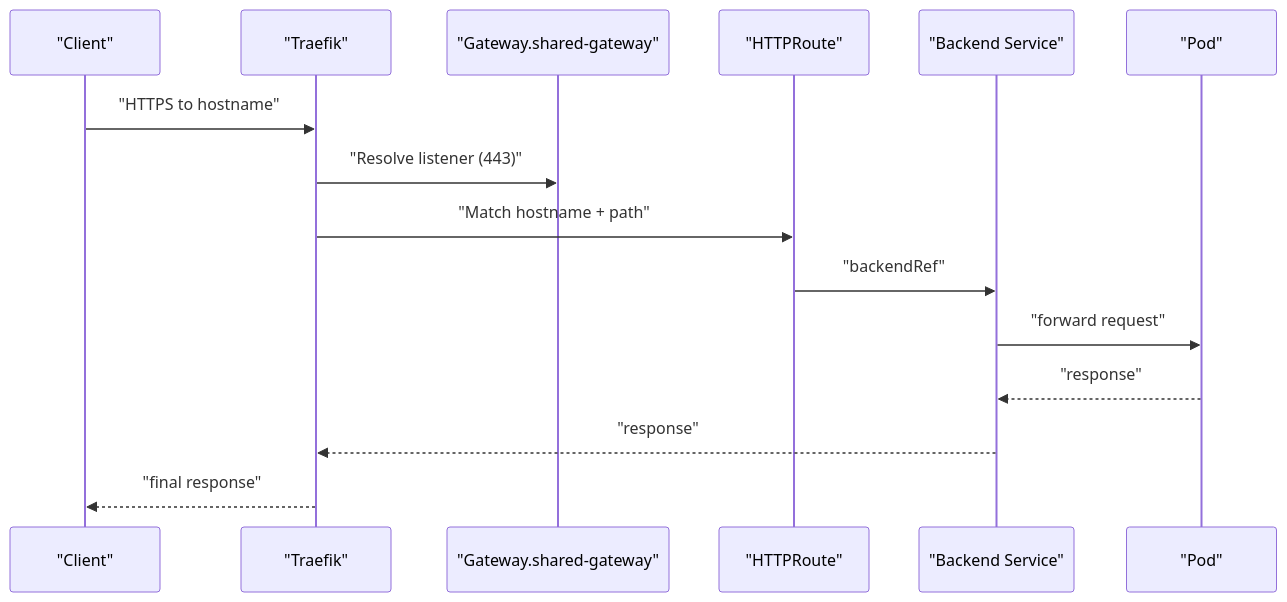
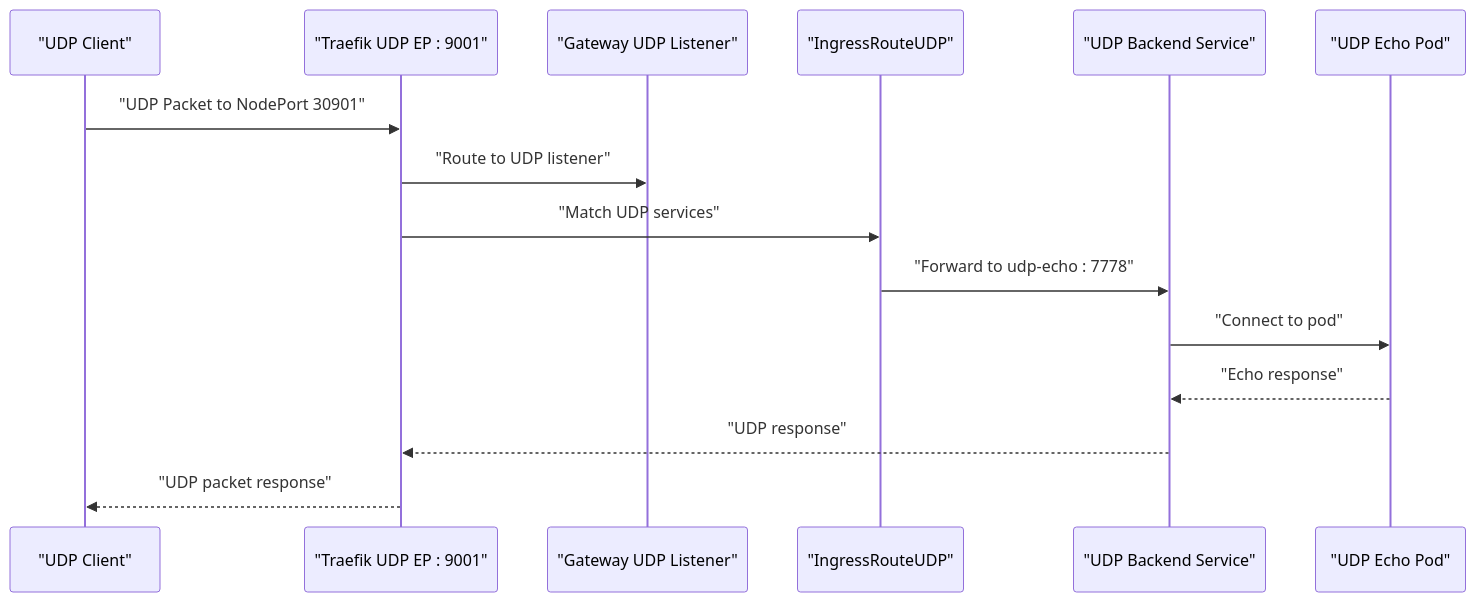
One commit to Hoangvu75/k8s_manifest changed the fifth of 7 diagrams in .qoder/repowiki/en/content/Infrastructure Applications/Gateway API Controller.md. Above: the diagram before and after it, drawn with Mermaid. The commit also changed other lines of this file and 7 other files, not shown here.

First line of the commit message:
fix: add Traefik CRDs (IngressRouteTCP, IngressRouteUDP, etc.)

````diff
--- a/.qoder/repowiki/en/content/Infrastructure Applications/Gateway API Controller.md
+++ b/.qoder/repowiki/en/content/Infrastructure Applications/Gateway API Controller.md
@@ -251,17 +254,17 @@
 ```mermaid
 sequenceDiagram
-participant Client as "Client"
-participant Traefik as "Traefik"
-participant Gateway as "Gateway.shared-gateway"
-participant Route as "HTTPRoute"
-participant Service as "Backend Service"
-participant Pod as "Pod"
-Client->>Traefik : "HTTPS to hostname"
-Traefik->>Gateway : "Resolve listener (443)"
-Traefik->>Route : "Match hostname + path"
-Route->>Service : "backendRef"
-Service->>Pod : "forward request"
-Pod-->>Service : "response"
-Service-->>Traefik : "response"
-Traefik-->>Client : "final response"
+participant Client as "UDP Client"
+participant Traefik as "Traefik UDP EP : 9001"
+participant Gateway as "Gateway UDP Listener"
+participant Route as "IngressRouteUDP"
+participant Service as "UDP Backend Service"
+participant Pod as "UDP Echo Pod"
+Client->>Traefik : "UDP Packet to NodePort 30901"
+Traefik->>Gateway : "Route to UDP listener"
+Traefik->>Route : "Match UDP services"
+Route->>Service : "Forward to udp-echo : 7778"
+Service->>Pod : "Connect to pod"
+Pod-->>Service : "Echo response"
+Service-->>Traefik : "UDP response"
+Traefik-->>Client : "UDP packet response"
 ```
````
